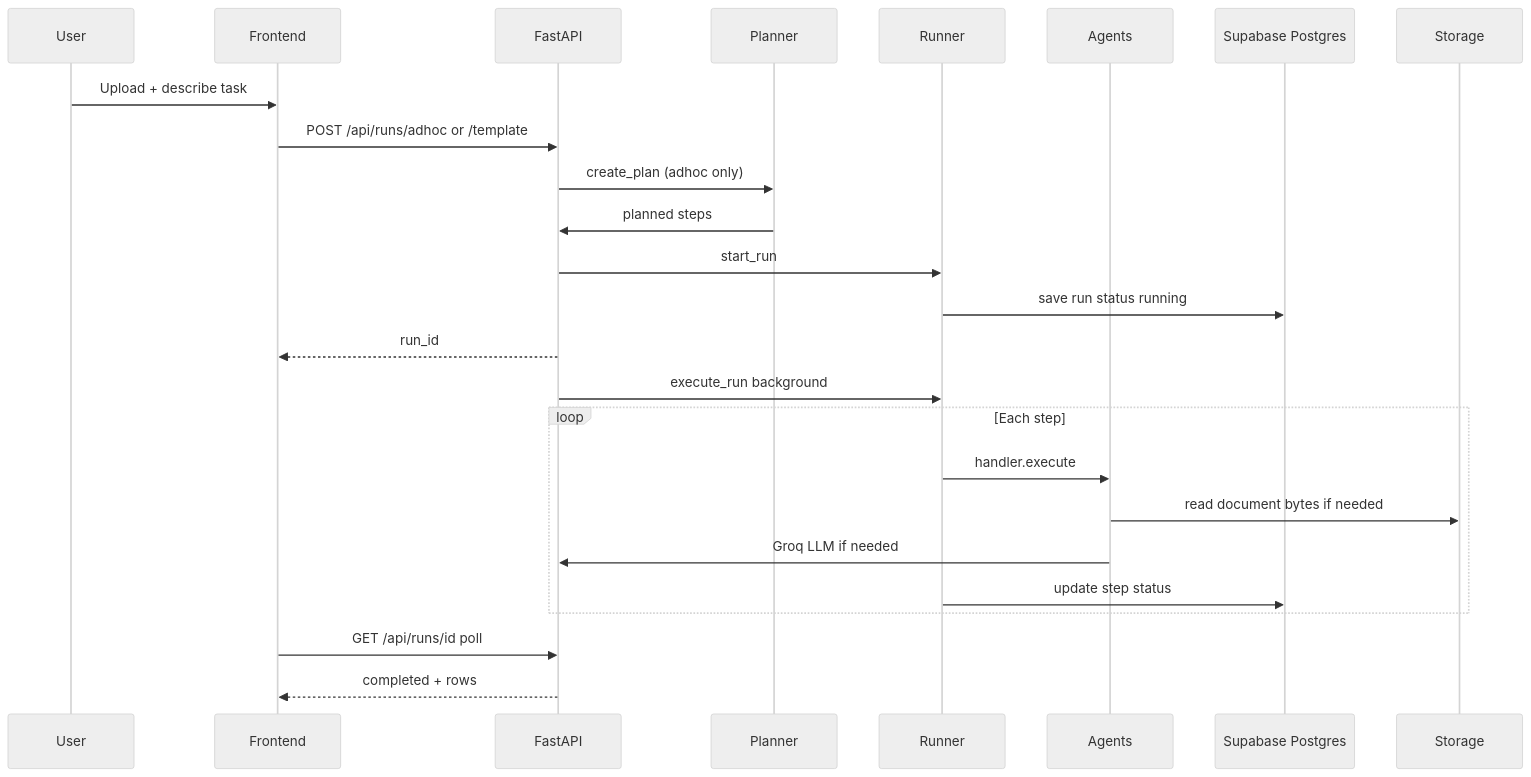
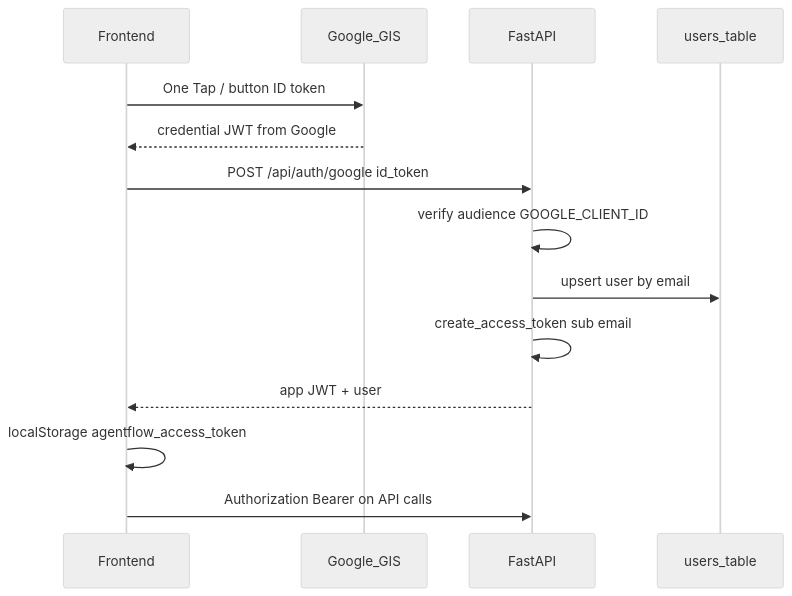
One commit to DeadPixel27/agentflow changed the sixth of 7 diagrams in ARCHITECTURE.md. Above: the diagram before and after it, drawn with Mermaid (neutral theme). The commit also changed other lines of this file, not shown here.

First line of the commit message:
Expand ARCHITECTURE.md into an interview-ready system study guide.

````diff
--- a/ARCHITECTURE.md
+++ b/ARCHITECTURE.md
@@ -141,28 +480,17 @@
 ```mermaid
 sequenceDiagram
-  participant U as User
   participant FE as Frontend
+  participant GIS as Google_GIS
   participant API as FastAPI
-  participant P as Planner
-  participant R as Runner
-  participant A as Agents
-  participant DB as Supabase Postgres
-  participant S as Storage
+  participant DB as users_table
 
-  U->>FE: Upload + describe task
-  FE->>API: POST /api/runs/adhoc or /template
-  API->>P: create_plan (adhoc only)
-  P->>API: planned steps
-  API->>R: start_run
-  R->>DB: save run status running
-  API-->>FE: run_id
-  API->>R: execute_run background
-  loop Each step
-    R->>A: handler.execute
-    A->>S: read document bytes if needed
-    A->>API: Groq LLM if needed
-    R->>DB: update step status
-  end
-  FE->>API: GET /api/runs/id poll
-  API-->>FE: completed + rows
+  FE->>GIS: One Tap / button ID token
+  GIS-->>FE: credential JWT from Google
+  FE->>API: POST /api/auth/google id_token
+  API->>API: verify audience GOOGLE_CLIENT_ID
+  API->>DB: upsert user by email
+  API->>API: create_access_token sub email
+  API-->>FE: app JWT + user
+  FE->>FE: localStorage agentflow_access_token
+  FE->>API: Authorization Bearer on API calls
 ```
````
